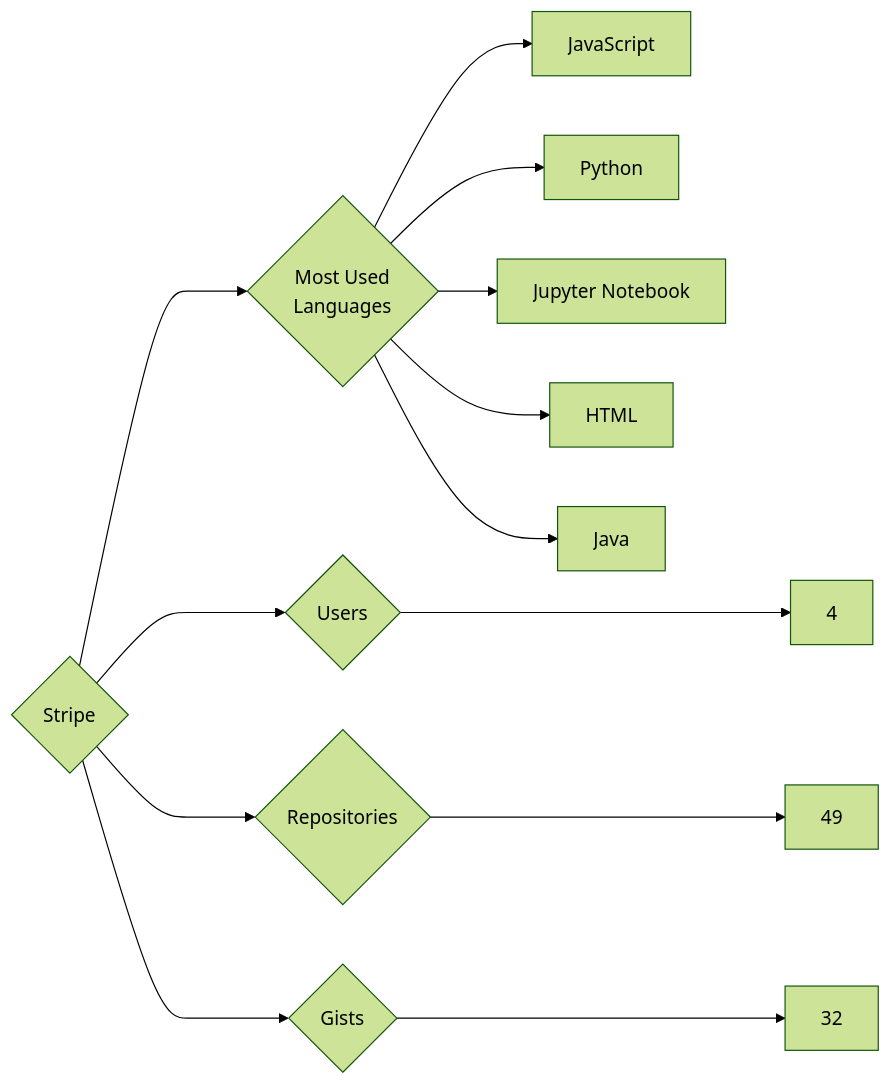
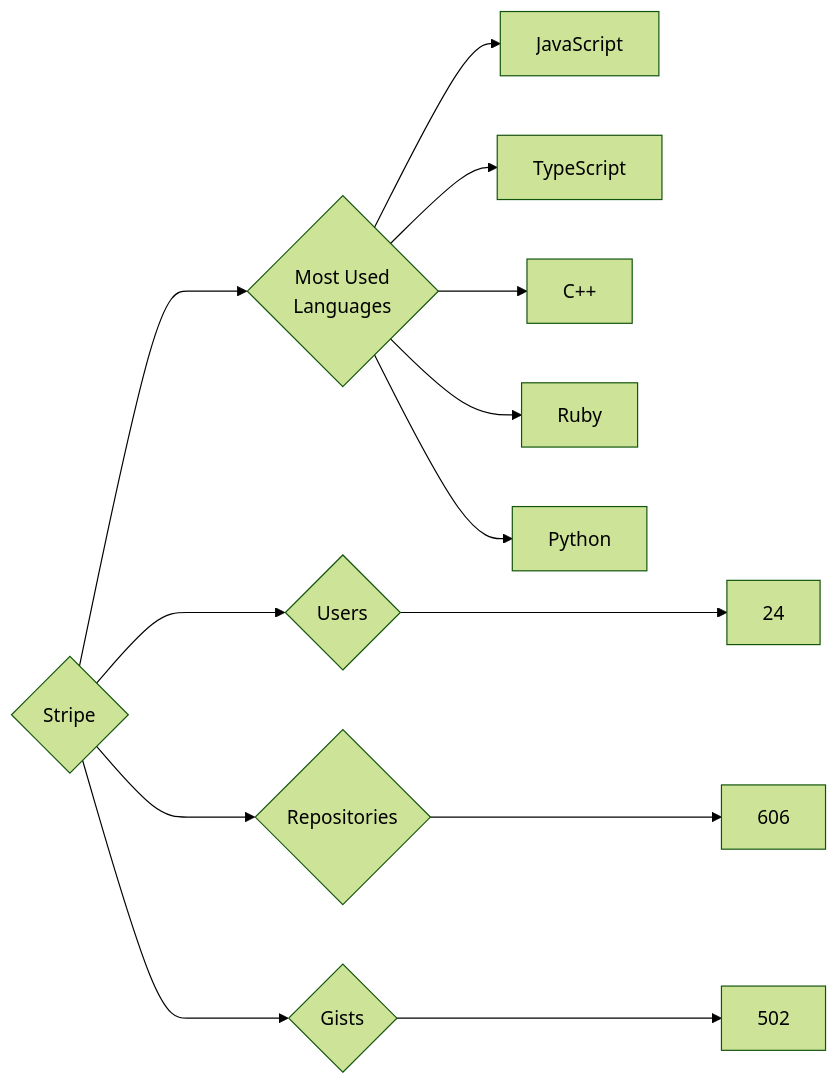
Before and after one commit to trickest/insiders: the diagram in targets/Stripe/README.md, drawn with Mermaid (forest theme). The commit also changed 814 other files, not shown here.

````diff
--- a/targets/Stripe/README.md
+++ b/targets/Stripe/README.md
@@ -3,13 +3,13 @@
 ```mermaid
 graph LR
 COMPANY_NAME{Stripe}
-COMPANY_NAME ---> U{Users} ---> UN[4]
-COMPANY_NAME ---> R{Repositories} ---> RN[49]
-COMPANY_NAME ---> G{Gists} ---> GN[32]
+COMPANY_NAME ---> U{Users} ---> UN[24]
+COMPANY_NAME ---> R{Repositories} ---> RN[606]
+COMPANY_NAME ---> G{Gists} ---> GN[502]
 COMPANY_NAME ---> ML{Most Used<br>Languages}
 ML --> JavaScript[JavaScript]
+ML --> TypeScript[TypeScript]
+ML --> C++[C++]
+ML --> Ruby[Ruby]
 ML --> Python[Python]
-ML --> Jupyter_Notebook[Jupyter Notebook]
-ML --> HTML[HTML]
-ML --> Java[Java]
 ```
````
